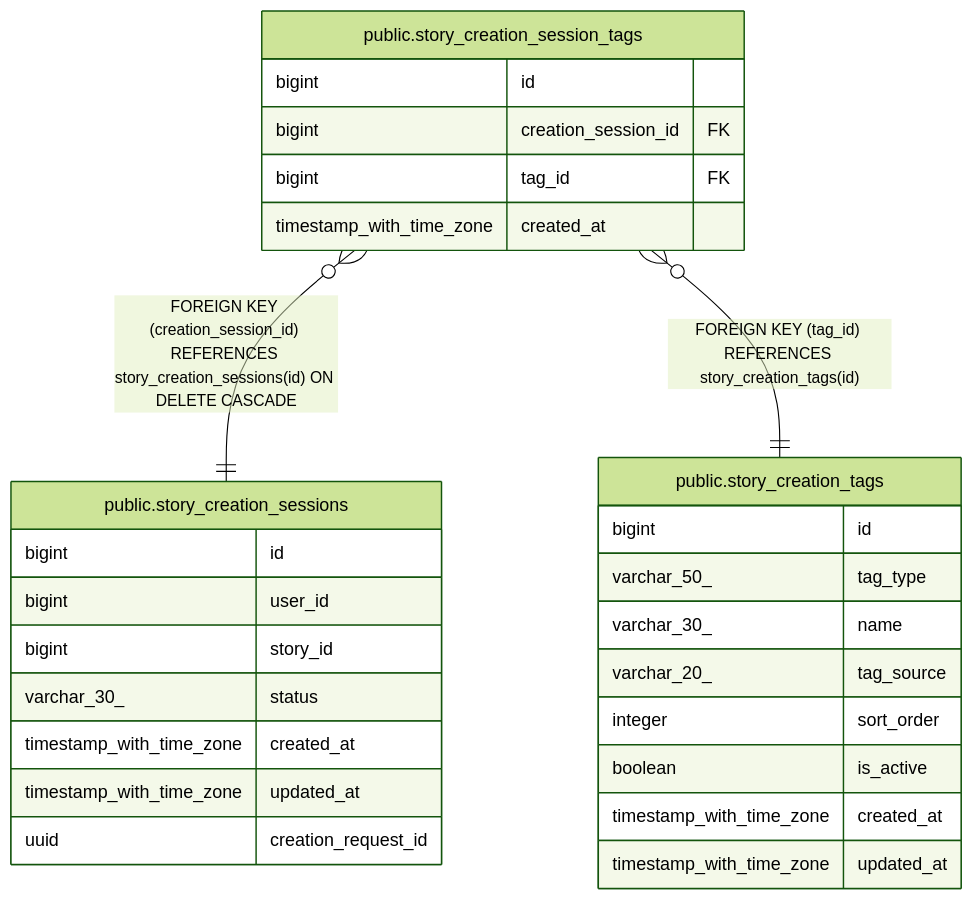
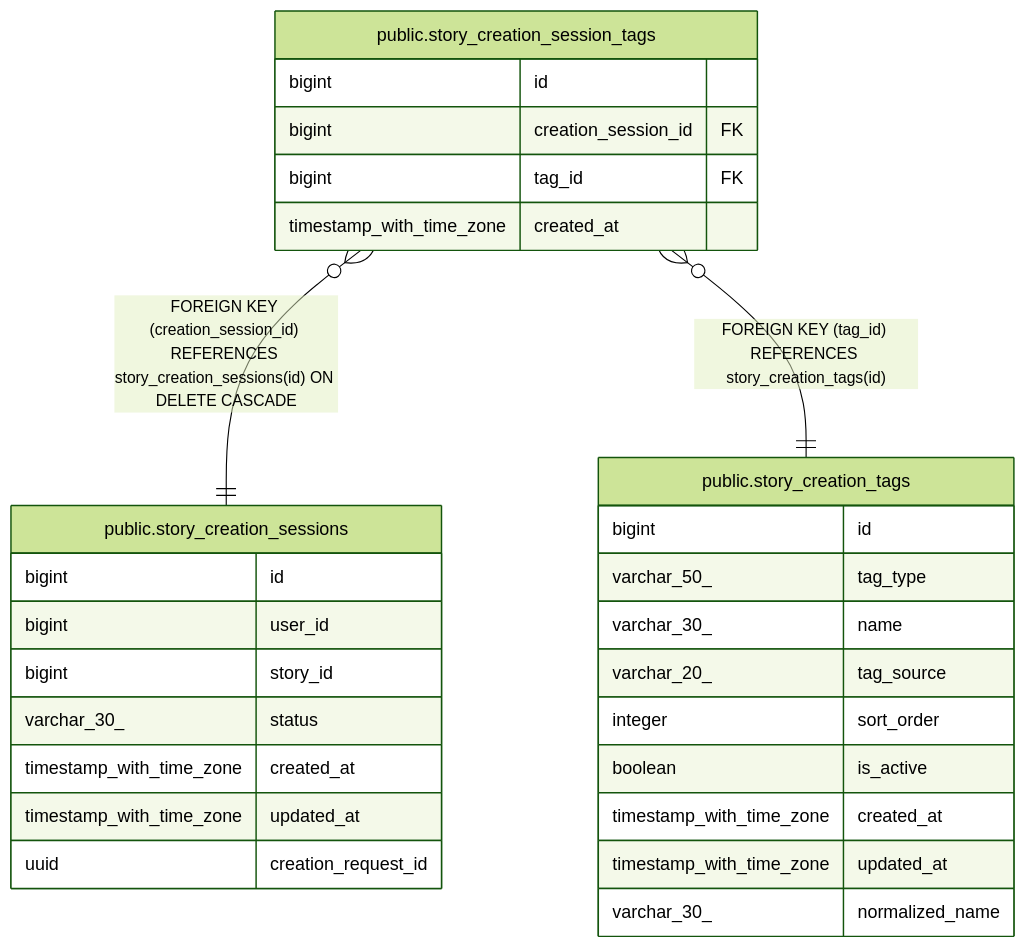
The diagram in dbdoc/public.story_creation_session_tags.md (KIM-N-KANG/manyak-server), drawn with Mermaid (forest theme) before and after one commit. The commit also changed 9 other files, not shown here.

````diff
--- a/dbdoc/public.story_creation_session_tags.md
+++ b/dbdoc/public.story_creation_session_tags.md
@@ -30,32 +30,33 @@
 ```mermaid
 erDiagram
 
 "public.story_creation_session_tags" }o--|| "public.story_creation_sessions" : "FOREIGN KEY (creation_session_id) REFERENCES story_creation_sessions(id) ON DELETE CASCADE"
 "public.story_creation_session_tags" }o--|| "public.story_creation_tags" : "FOREIGN KEY (tag_id) REFERENCES story_creation_tags(id)"
 
 "public.story_creation_session_tags" {
   bigint id
   bigint creation_session_id FK
   bigint tag_id FK
   timestamp_with_time_zone created_at
 }
 "public.story_creation_sessions" {
   bigint id
   bigint user_id
   bigint story_id
   varchar_30_ status
   timestamp_with_time_zone created_at
   timestamp_with_time_zone updated_at
   uuid creation_request_id
 }
 "public.story_creation_tags" {
   bigint id
   varchar_50_ tag_type
   varchar_30_ name
   varchar_20_ tag_source
   integer sort_order
   boolean is_active
   timestamp_with_time_zone created_at
   timestamp_with_time_zone updated_at
+  varchar_30_ normalized_name
 }
 ```
````
